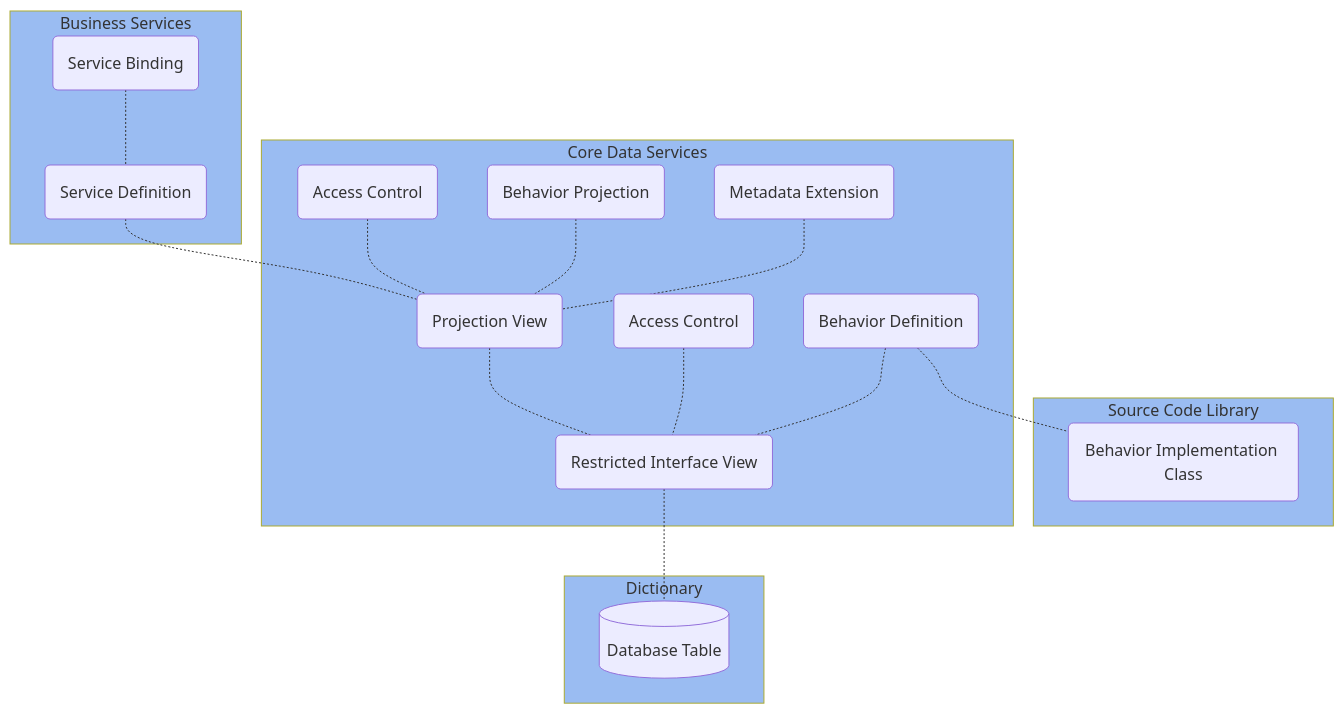
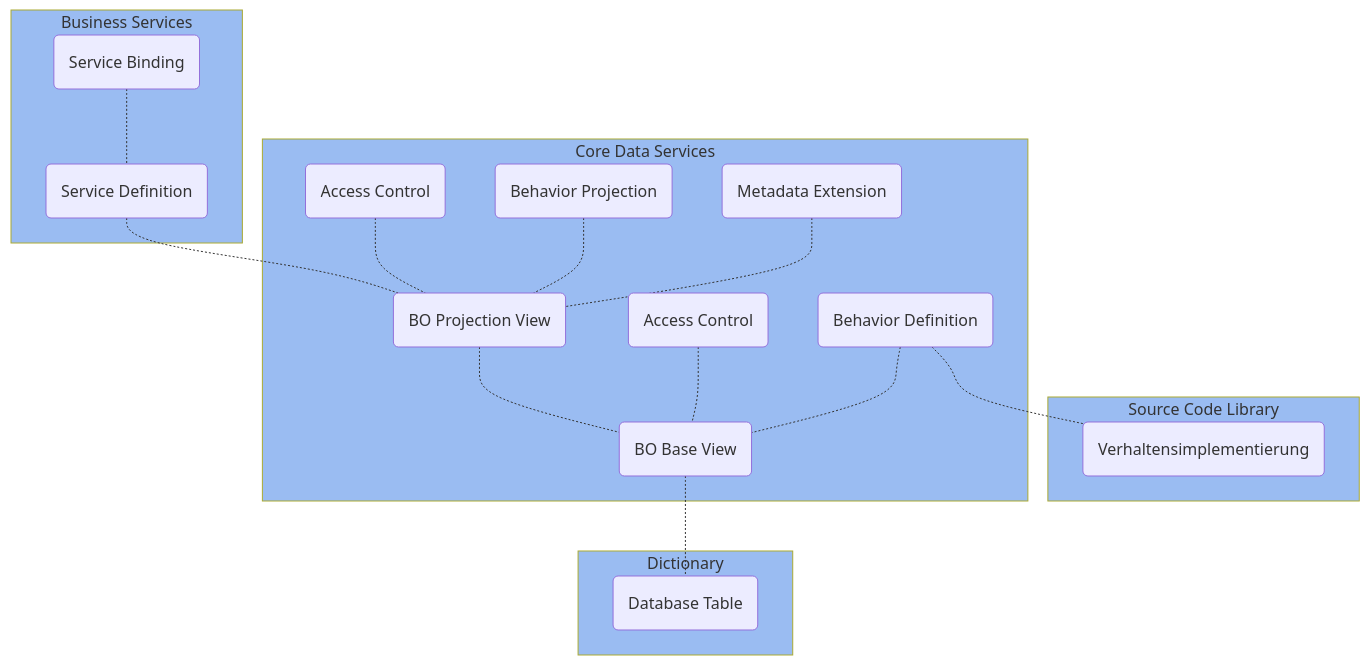
One commit to appenmaier/s4hana changed the second of 2 diagrams in docs/documentation/rap.md. Above: the diagram before and after it, drawn with Mermaid. The commit also changed other lines of this file and 5 other files, not shown here.

````diff
--- a/docs/documentation/rap.md
+++ b/docs/documentation/rap.md
@@ -78,41 +79,41 @@
 ```mermaid
 flowchart
-    serviceBinding -.- serviceDefinition
-    serviceDefinition -.- projectionView
-    projectionView -.- restrictedInterfaceView
-    restrictedInterfaceView -.- databaseTable
-    accessControl2 -.- projectionView
-    accessControl1 -.- restrictedInterfaceView
-    behaviorProjection -.- projectionView
-    behaviorDefinition -.- restrictedInterfaceView
-    behaviorDefinition -.- behaviorImplementationClass
-    metadataExtension -.- projectionView
+    servicebinding -.- servicedefinition
+    servicedefinition -.- boprojectionview
+    boprojectionview -.- bobaseview
+    bobaseview -.- databasetable
+    accesscontrol2 -.- boprojectionview
+    accesscontrol1 -.- bobaseview
+    behaviorprojection -.- boprojectionview
+    behaviordefinition -.- bobaseview
+    behaviordefinition -.- behaviorimplementation
+    metadataextension -.- boprojectionview
 
     subgraph Business&#160Services
-        serviceBinding(Service Binding)
-        serviceDefinition(Service Definition)
+        servicebinding(Service Binding)
+        servicedefinition(Service Definition)
     end
 
     subgraph Source&#160Code&#160Library
-        behaviorImplementationClass(Behavior Implementation Class)
+        behaviorimplementation(Verhaltensimplementierung)
     end
 
     subgraph Core&#160Data&#160Services
-        behaviorDefinition(Behavior Definition)
-        behaviorProjection(Behavior Projection)
-        accessControl1(Access Control)
-        accessControl2(Access Control)
-        metadataExtension(Metadata Extension)
-        projectionView(Projection View)
-        restrictedInterfaceView(Restricted Interface View)
+        behaviordefinition(Behavior Definition)
+        behaviorprojection(Behavior Projection)
+        accesscontrol1(Access Control)
+        accesscontrol2(Access Control)
+        metadataextension(Metadata Extension)
+        boprojectionview(BO Projection View)
+        bobaseview(BO Base View)
     end
 
     subgraph Dictionary
-        databaseTable[(Database Table)]
+        databasetable(Database Table)
     end
 
     style Business&#160Services fill:#9abcf2
     style Source&#160Code&#160Library fill:#9abcf2
     style Core&#160Data&#160Services fill:#9abcf2
     style Dictionary fill:#9abcf2
 ```
````
